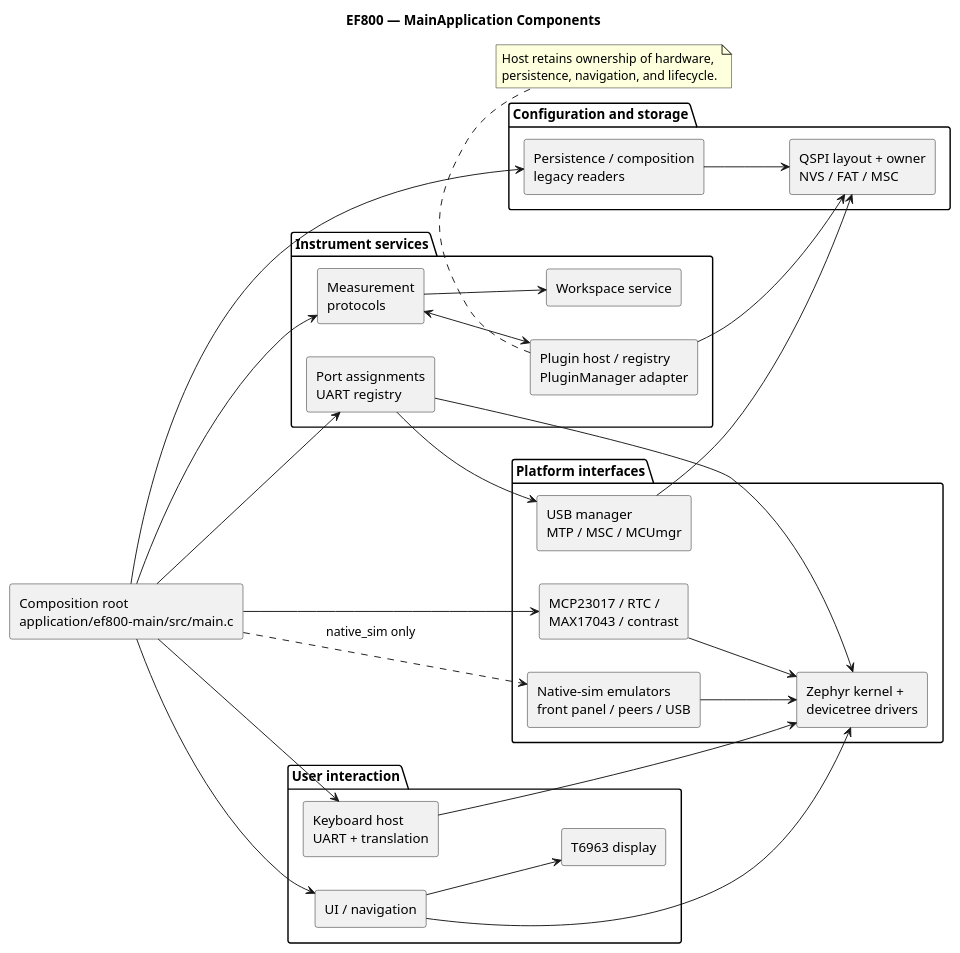
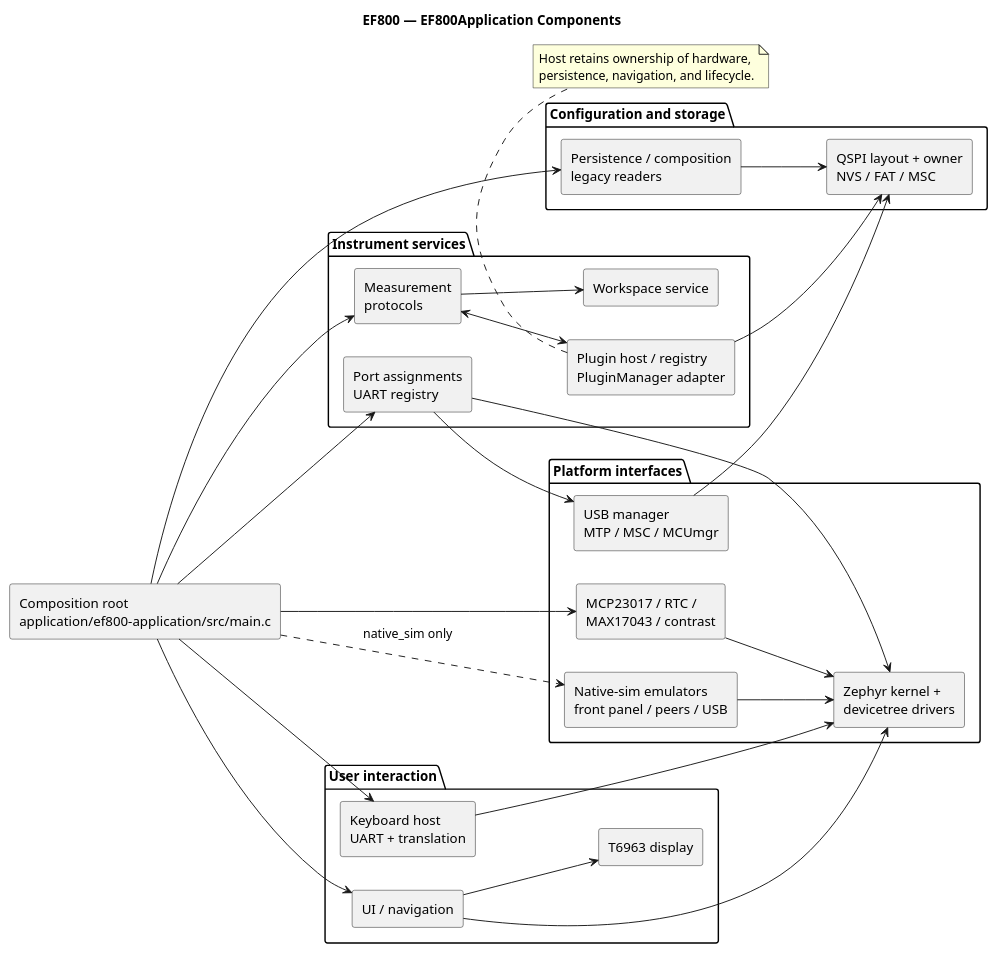
Before and after one commit to jaster-prj/EF800-Zephyr: the diagram in architecture/diagram_as_code/05_building_block_view/2_main_components.puml, drawn with PlantUML. The commit also changed 386 other files, not shown here.

```diff
--- a/architecture/diagram_as_code/05_building_block_view/2_main_components.puml
+++ b/architecture/diagram_as_code/05_building_block_view/2_main_components.puml
@@ -1,52 +1,52 @@
 @startuml 2_main_components
-title EF800 — MainApplication Components
+title EF800 — EF800Application Components
 left to right direction
 
-rectangle "Composition root\napplication/ef800-main/src/main.c" as root
+rectangle "Composition root\napplication/ef800-application/src/main.c" as root
 package "User interaction" {
   rectangle "UI / navigation" as ui
   rectangle "T6963 display" as display
   rectangle "Keyboard host\nUART + translation" as keyboard
 }
 package "Instrument services" {
   rectangle "Port assignments\nUART registry" as ports
   rectangle "Measurement\nprotocols" as measurement
   rectangle "Workspace service" as workspace
   rectangle "Plugin host / registry\nPluginManager adapter" as plugins
 }
 package "Configuration and storage" {
   rectangle "Persistence / composition\nlegacy readers" as persistence
   rectangle "QSPI layout + owner\nNVS / FAT / MSC" as storage
 }
 package "Platform interfaces" {
   rectangle "USB manager\nMTP / MSC / MCUmgr" as usb
   rectangle "MCP23017 / RTC /\nMAX17043 / contrast" as devices
   rectangle "Native-sim emulators\nfront panel / peers / USB" as native
   rectangle "Zephyr kernel +\ndevicetree drivers" as zephyr
 }
 
 root --> ui
 root --> keyboard
 root --> ports
 root --> measurement
 root --> persistence
 root --> devices
 measurement <--> plugins
 measurement --> workspace
 plugins --> storage
 persistence --> storage
 ports --> usb
 usb --> storage
 ui --> display
 ui --> zephyr
 keyboard --> zephyr
 ports --> zephyr
 devices --> zephyr
 root ..> native : native_sim only
 native --> zephyr
 
 note bottom of plugins
   Host retains ownership of hardware,
   persistence, navigation, and lifecycle.
 end note
 @enduml
```
